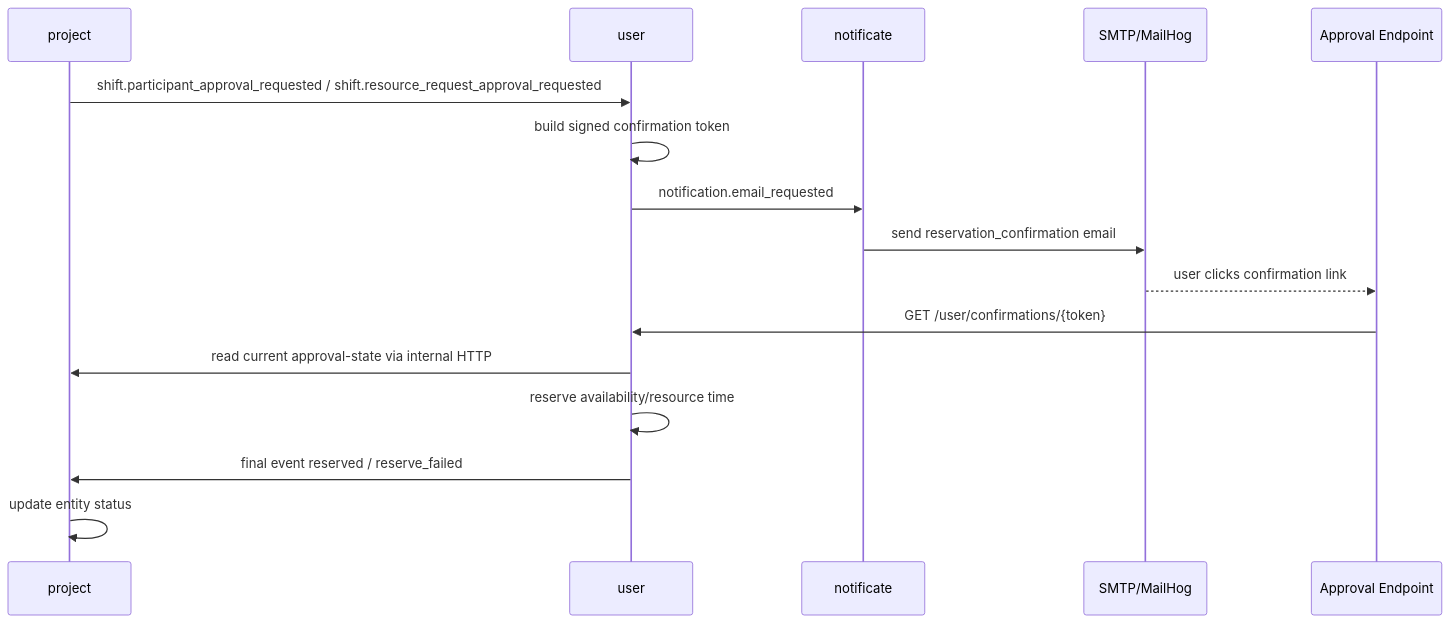
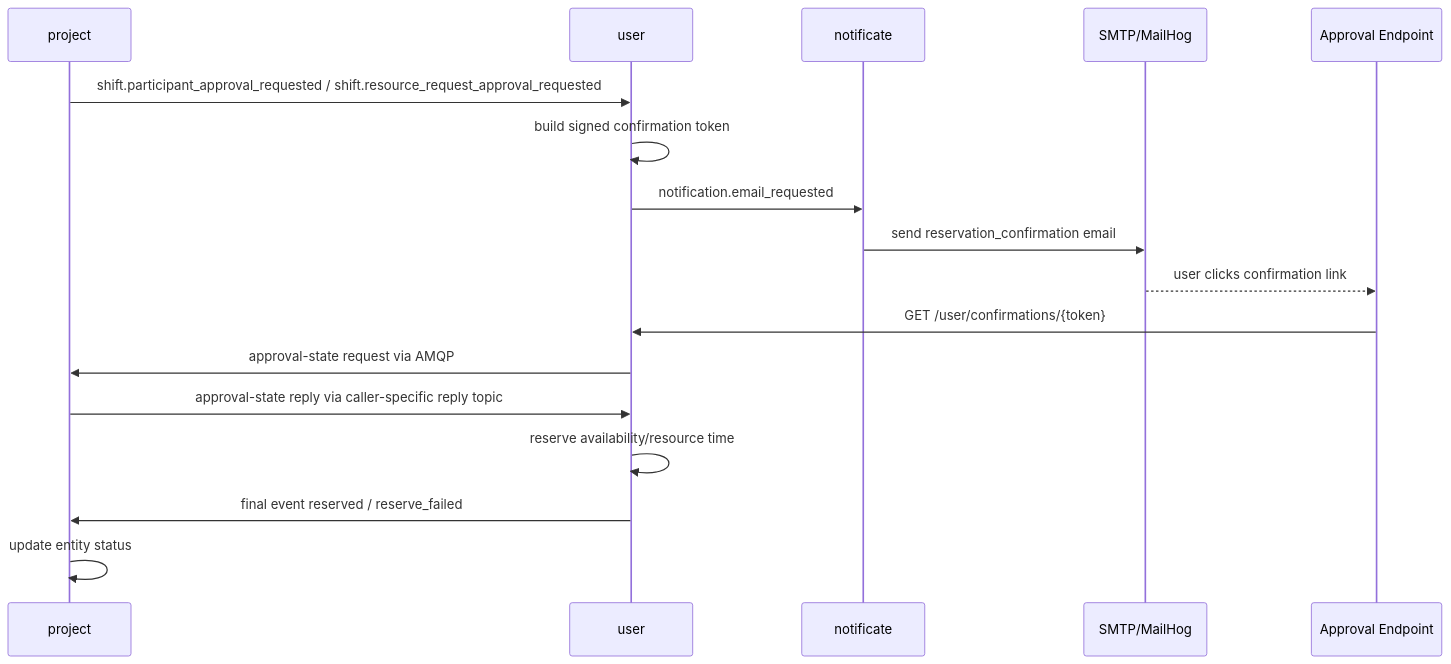
Before and after one commit to vladDa1029/kino_review: the diagram in docs/reservation-email-approval-flow.md, drawn with Mermaid. The commit also changed other lines of this file and 39 other files, not shown here.

````diff
--- a/docs/reservation-email-approval-flow.md
+++ b/docs/reservation-email-approval-flow.md
@@ -91,19 +91,20 @@
 ```mermaid
 sequenceDiagram
     participant P as project
     participant U as user
     participant N as notificate
     participant S as SMTP/MailHog
     participant A as Approval Endpoint
 
     P->>U: shift.participant_approval_requested / shift.resource_request_approval_requested
     U->>U: build signed confirmation token
     U->>N: notification.email_requested
     N->>S: send reservation_confirmation email
     S-->>A: user clicks confirmation link
     A->>U: GET /user/confirmations/{token}
-    U->>P: read current approval-state via internal HTTP
+    U->>P: approval-state request via AMQP
+    P->>U: approval-state reply via caller-specific reply topic
     U->>U: reserve availability/resource time
     U->>P: final event reserved / reserve_failed
     P->>P: update entity status
 ```
````
